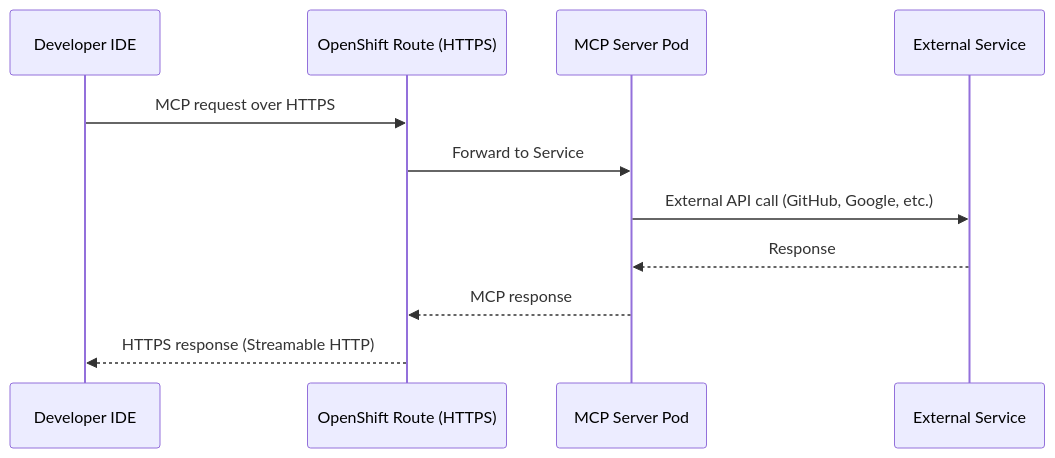
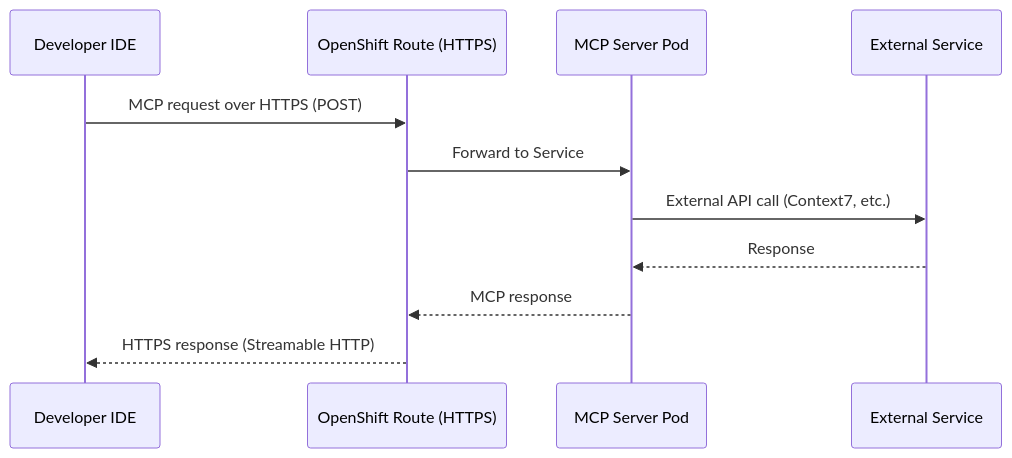
The first of 2 diagrams in 1_mcp_servers/1_mcp_overview.md (hyogrin/rhoai-coding-assistant-lab), drawn with Mermaid before and after one commit. The commit also changed other lines of this file and 18 other files, not shown here.

````diff
--- a/1_mcp_servers/1_mcp_overview.md
+++ b/1_mcp_servers/1_mcp_overview.md
@@ -9,14 +25,14 @@
 ```mermaid
 sequenceDiagram
     participant IDE as Developer IDE
     participant Route as OpenShift Route (HTTPS)
     participant Pod as MCP Server Pod
     participant API as External Service
 
-    IDE->>Route: MCP request over HTTPS
+    IDE->>Route: MCP request over HTTPS (POST)
     Route->>Pod: Forward to Service
-    Pod->>API: External API call (GitHub, Google, etc.)
+    Pod->>API: External API call (Context7, etc.)
     API-->>Pod: Response
     Pod-->>Route: MCP response
     Route-->>IDE: HTTPS response (Streamable HTTP)
 ```
````
